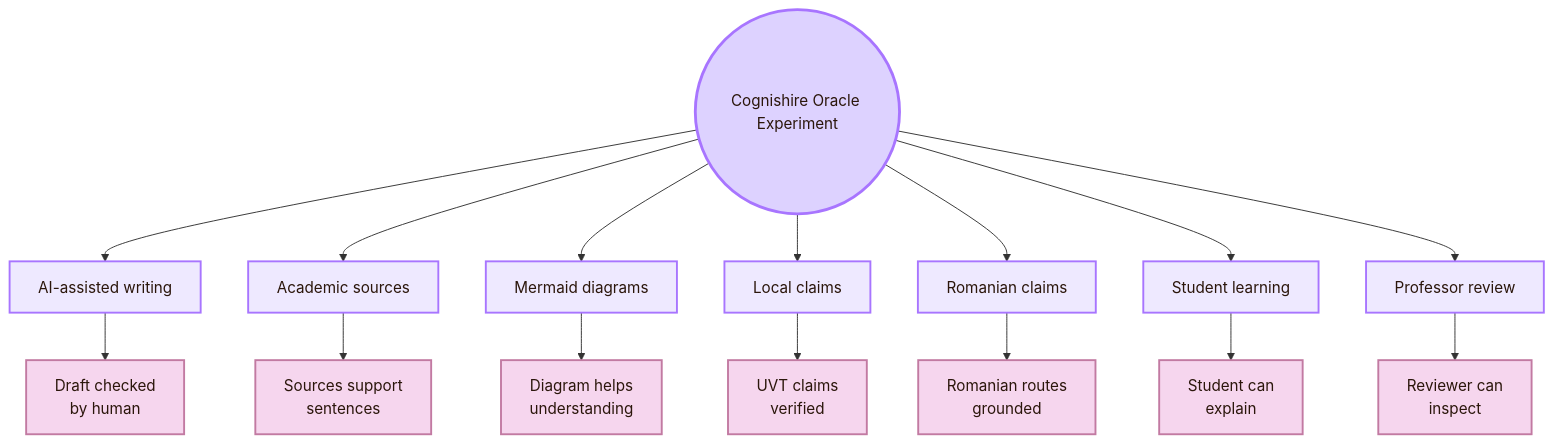
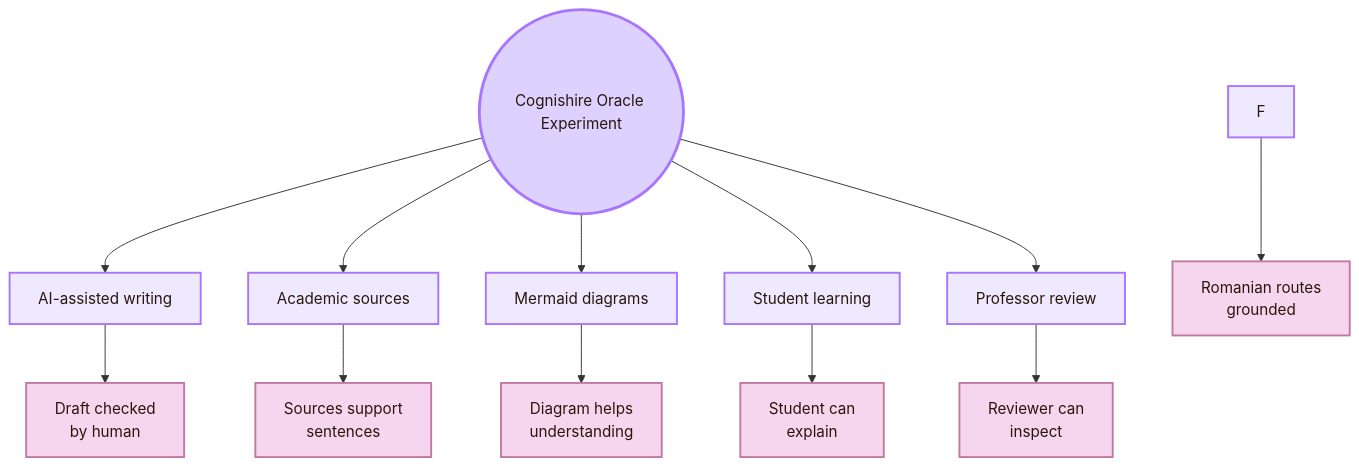
One commit to andreitegzes06-ui/CogniShire changed diagram 18 of 18 in 01_Core_Area_HCI/001_Subareas/05_Human_AI_Interaction/Activities/Experiment.md. Above: the diagram before and after it, drawn with Mermaid. The commit also changed other lines of this file and 131 other files, not shown here.

````diff
--- a/01_Core_Area_HCI/001_Subareas/05_Human_AI_Interaction/Activities/Experiment.md
+++ b/01_Core_Area_HCI/001_Subareas/05_Human_AI_Interaction/Activities/Experiment.md
@@ -830,28 +767,25 @@
 ```mermaid
 flowchart TB
     A((Cognishire Oracle Experiment))
 
     A --> B[AI-assisted writing]
     A --> C[Academic sources]
     A --> D[Mermaid diagrams]
-    A --> E[Local claims]
-    A --> F[Romanian claims]
     A --> G[Student learning]
     A --> H[Professor review]
 
     B --> B1[Draft checked<br/>by human]
     C --> C1[Sources support<br/>sentences]
     D --> D1[Diagram helps<br/>understanding]
-    E --> E1[UVT claims<br/>verified]
     F --> F1[Romanian routes<br/>grounded]
     G --> G1[Student can<br/>explain]
     H --> H1[Reviewer can<br/>inspect]
 
     classDef center fill:#ddd2ff,stroke:#a875ff,color:#2b160b,stroke-width:3px;
     classDef node fill:#eee9ff,stroke:#a875ff,color:#2b160b,stroke-width:2px;
     classDef detail fill:#f6d6ee,stroke:#c27aa2,color:#2b160b,stroke-width:2px;
 
     class A center;
     class B,C,D,E,F,G,H node;
     class B1,C1,D1,E1,F1,G1,H1 detail;
 ```
````
